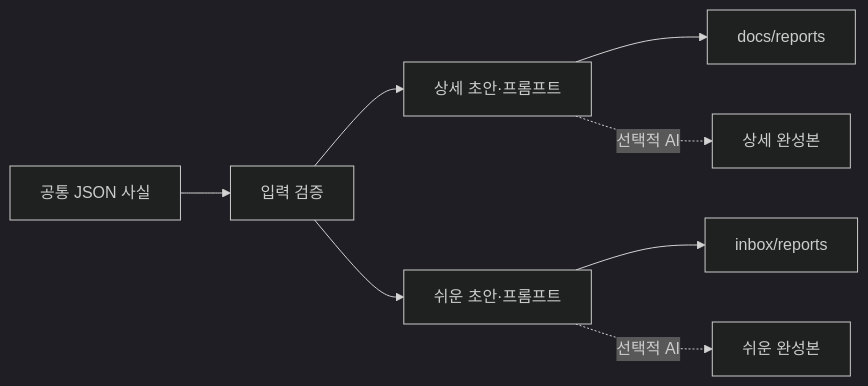
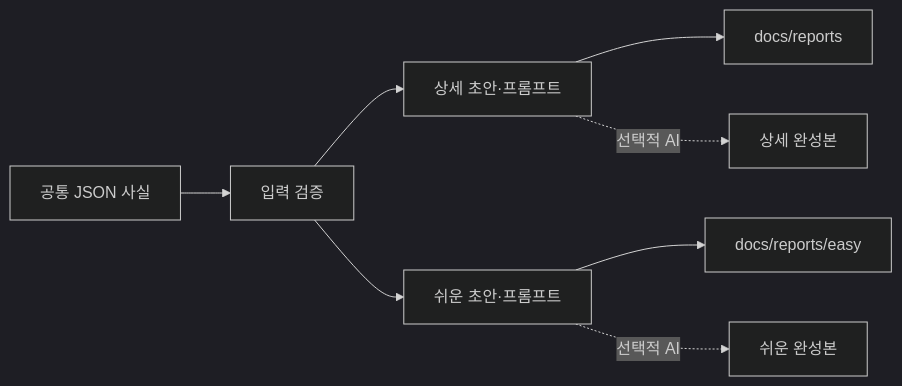
The diagram in docs/superpowers/specs/2026-09-24-report-bundle-design.md (YRootLab/OnMaru-backend-ci-toolkit), drawn with Mermaid (dark theme) before and after one commit. The commit also changed other lines of this file, not shown here.

Commit message:
docs(report): keep easy reports under ignored docs path

````diff
--- a/docs/superpowers/specs/2026-09-24-report-bundle-design.md
+++ b/docs/superpowers/specs/2026-09-24-report-bundle-design.md
@@ -78,10 +78,10 @@
 ```mermaid
 flowchart LR
   A[공통 JSON 사실] --> B[입력 검증]
   B --> C[상세 초안·프롬프트]
   B --> D[쉬운 초안·프롬프트]
   C --> E[docs/reports]
-  D --> F[inbox/reports]
+  D --> F[docs/reports/easy]
   C -. 선택적 AI .-> G[상세 완성본]
   D -. 선택적 AI .-> H[쉬운 완성본]
 ```
````
